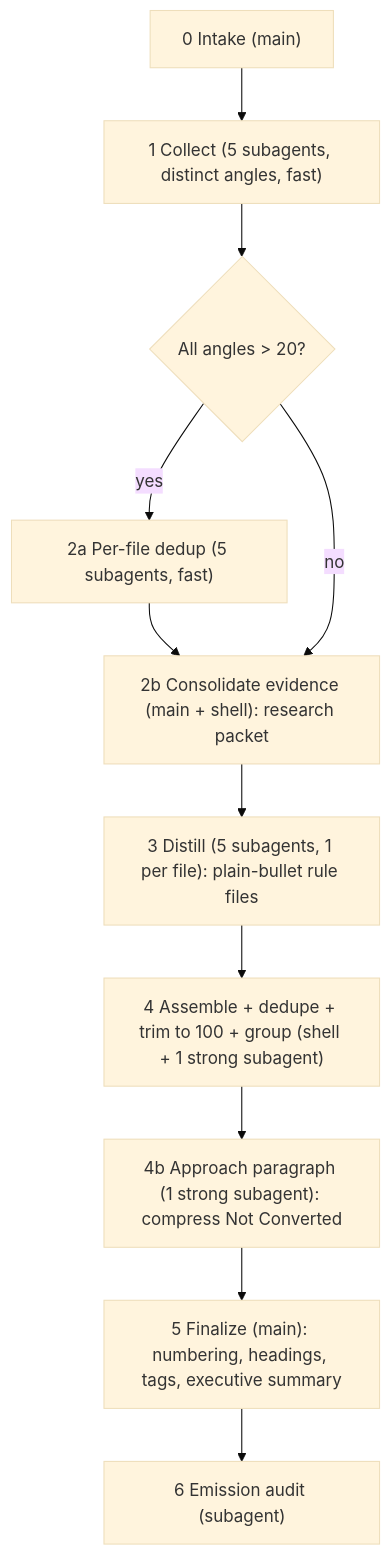
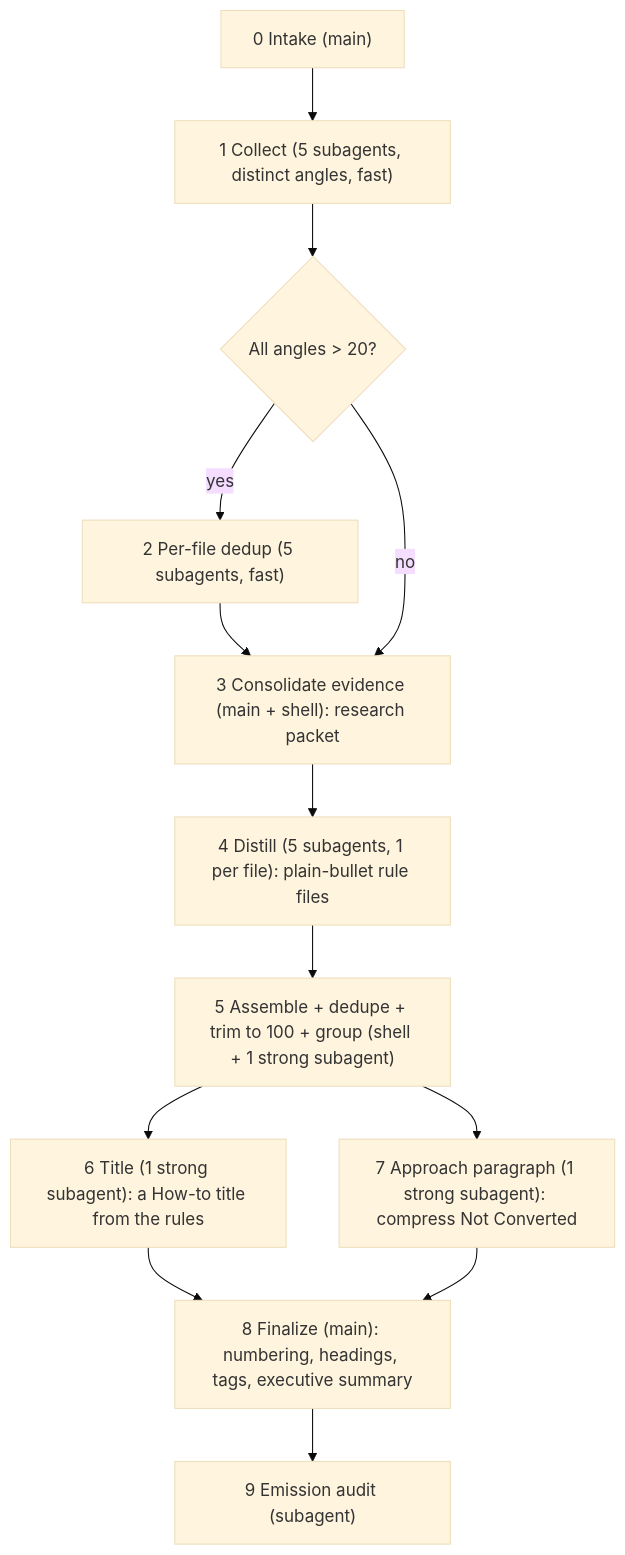
The diagram in tools/make-how-to.md (cppalliance/tools-public), drawn with Mermaid (base theme) before and after one commit. The commit also changed other lines of this file and 8 other files, not shown here.

Commit message:
Add approach behind the rules sections

````diff
--- a/tools/make-how-to.md
+++ b/tools/make-how-to.md
@@ -19,13 +19,15 @@
 ```mermaid
 flowchart TD
     S0["0 Intake (main)"] --> S1["1 Collect (5 subagents, distinct angles, fast)"]
-    S1 --> S2a{"All angles > 20?"}
-    S2a -->|yes| S2b["2a Per-file dedup (5 subagents, fast)"]
-    S2b --> S2c["2b Consolidate evidence (main + shell): research packet"]
-    S2a -->|no| S2c
-    S2c --> S3["3 Distill (5 subagents, 1 per file): plain-bullet rule files"]
-    S3 --> S4["4 Assemble + dedupe + trim to 100 + group (shell + 1 strong subagent)"]
-    S4 --> S4b["4b Approach paragraph (1 strong subagent): compress Not Converted"]
-    S4b --> S5["5 Finalize (main): numbering, headings, tags, executive summary"]
-    S5 --> S6["6 Emission audit (subagent)"]
+    S1 --> G{"All angles > 20?"}
+    G -->|yes| S2["2 Per-file dedup (5 subagents, fast)"]
+    S2 --> S3["3 Consolidate evidence (main + shell): research packet"]
+    G -->|no| S3
+    S3 --> S4["4 Distill (5 subagents, 1 per file): plain-bullet rule files"]
+    S4 --> S5["5 Assemble + dedupe + trim to 100 + group (shell + 1 strong subagent)"]
+    S5 --> S6["6 Title (1 strong subagent): a How-to title from the rules"]
+    S5 --> S7["7 Approach paragraph (1 strong subagent): compress Not Converted"]
+    S6 --> S8["8 Finalize (main): numbering, headings, tags, executive summary"]
+    S7 --> S8
+    S8 --> S9["9 Emission audit (subagent)"]
 ```
````
